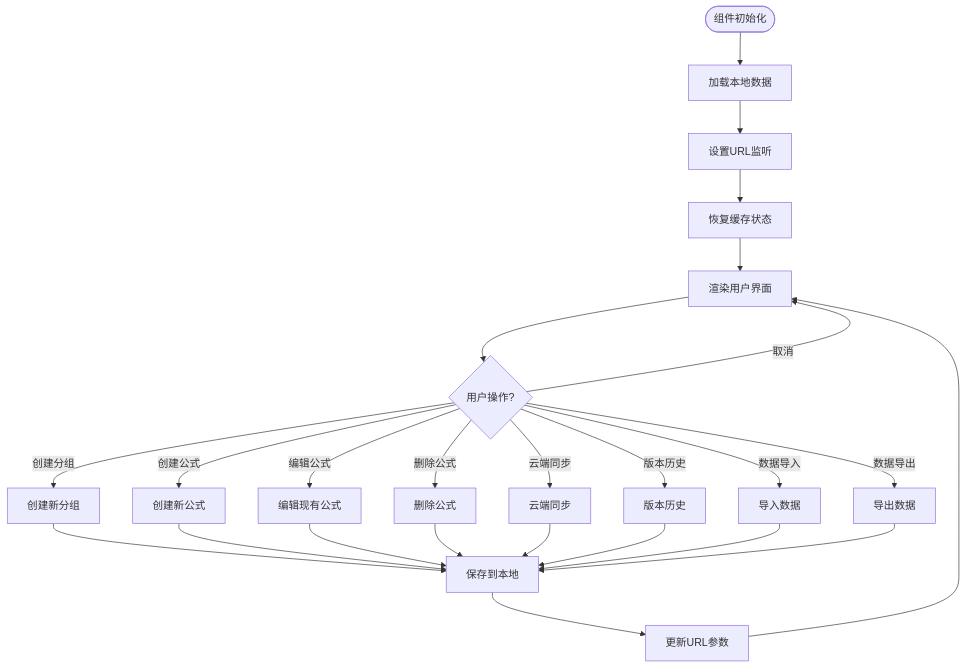
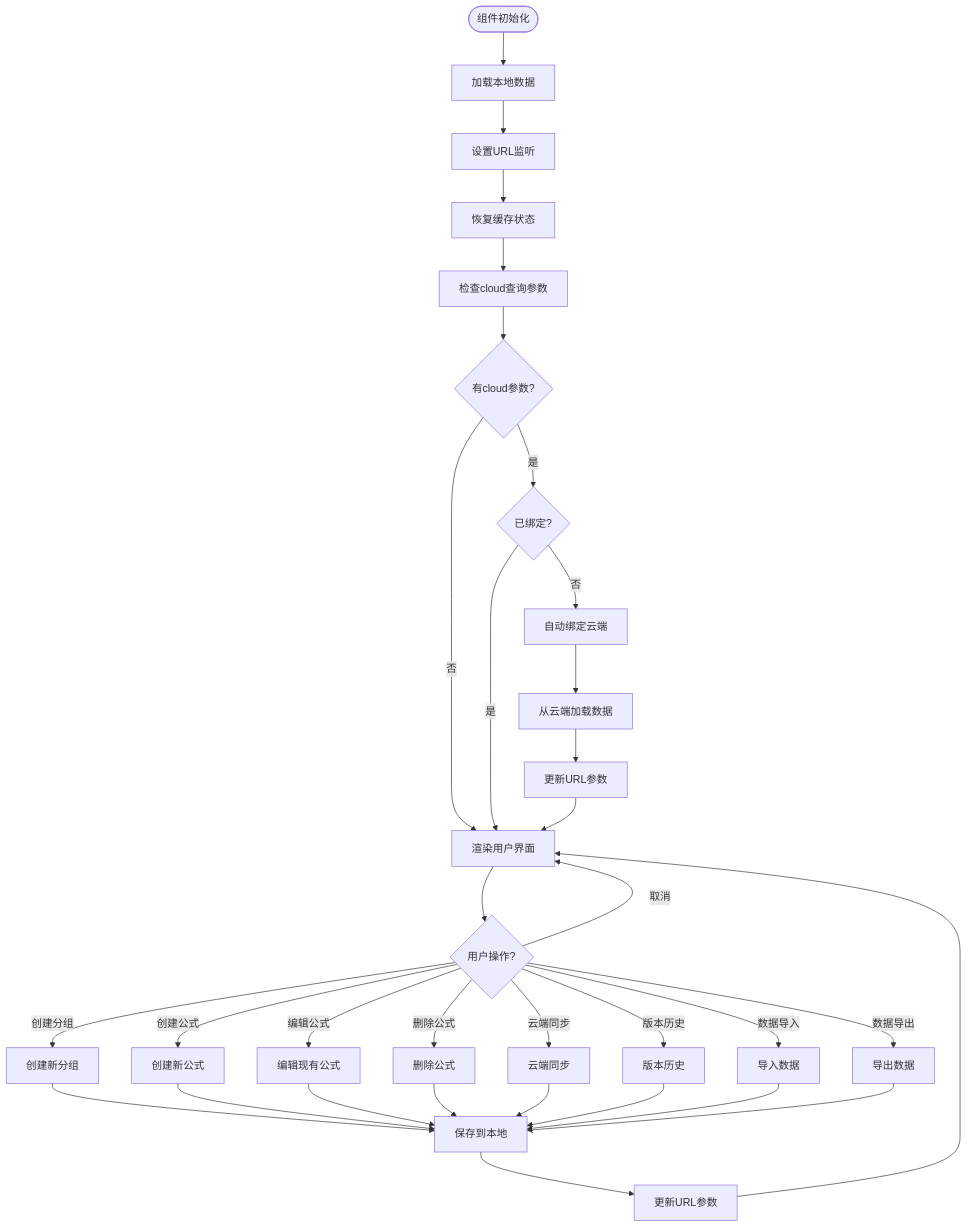
Before and after one commit to steveyu2/formula-mapper: the fifth of 12 diagrams in .qoder/repowiki/zh/content/用户指南/数据管理/云存储系统.md, drawn with Mermaid. The commit also changed other lines of this file and 3 other files, not shown here.

````diff
--- a/.qoder/repowiki/zh/content/用户指南/数据管理/云存储系统.md
+++ b/.qoder/repowiki/zh/content/用户指南/数据管理/云存储系统.md
@@ -292,27 +296,35 @@
 ```mermaid
 flowchart TD
 Start([组件初始化]) --> LoadData["加载本地数据"]
 LoadData --> SetupURL["设置URL监听"]
 SetupURL --> SetupCache["恢复缓存状态"]
-SetupCache --> RenderUI["渲染用户界面"]
+SetupCache --> CheckCloudParam["检查cloud查询参数"]
+CheckCloudParam --> HasCloudParam{有cloud参数?}
+HasCloudParam --> |是| CheckBound{已绑定?}
+HasCloudParam --> |否| RenderUI["渲染用户界面"]
+CheckBound --> |否| AutoBind["自动绑定云端"]
+CheckBound --> |是| RenderUI
+AutoBind --> LoadFromCloud["从云端加载数据"]
+LoadFromCloud --> UpdateURL["更新URL参数"]
+UpdateURL --> RenderUI
 RenderUI --> UserAction{"用户操作?"}
 UserAction --> |创建分组| CreateGroup["创建新分组"]
 UserAction --> |创建公式| CreateFormula["创建新公式"]
 UserAction --> |编辑公式| EditFormula["编辑现有公式"]
 UserAction --> |删除公式| DeleteFormula["删除公式"]
 UserAction --> |云端同步| CloudSync["云端同步"]
 UserAction --> |版本历史| VersionHistory["版本历史"]
 UserAction --> |数据导入| ImportData["导入数据"]
 UserAction --> |数据导出| ExportData["导出数据"]
 CreateGroup --> SaveLocal["保存到本地"]
 CreateFormula --> SaveLocal
 EditFormula --> SaveLocal
 DeleteFormula --> SaveLocal
 CloudSync --> SaveLocal
 VersionHistory --> SaveLocal
 ImportData --> SaveLocal
 ExportData --> SaveLocal
-SaveLocal --> UpdateURL["更新URL参数"]
-UpdateURL --> RenderUI
+SaveLocal --> UpdateURL2["更新URL参数"]
+UpdateURL2 --> RenderUI
 UserAction --> |取消| RenderUI
 ```
````
